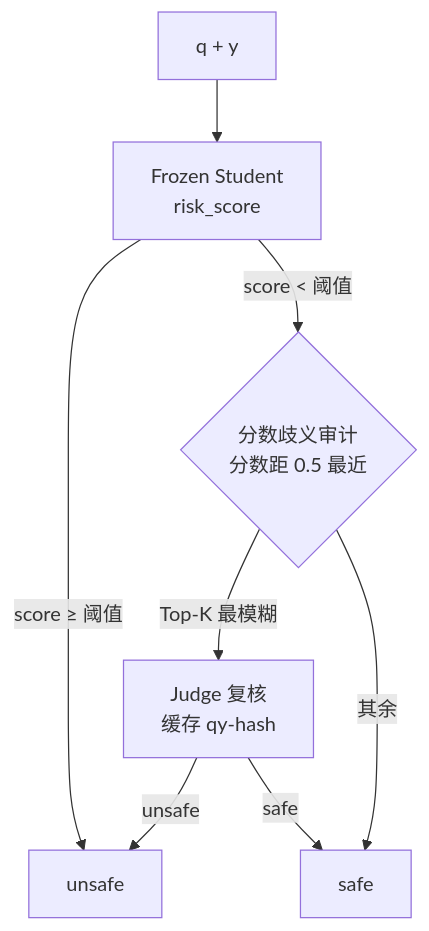
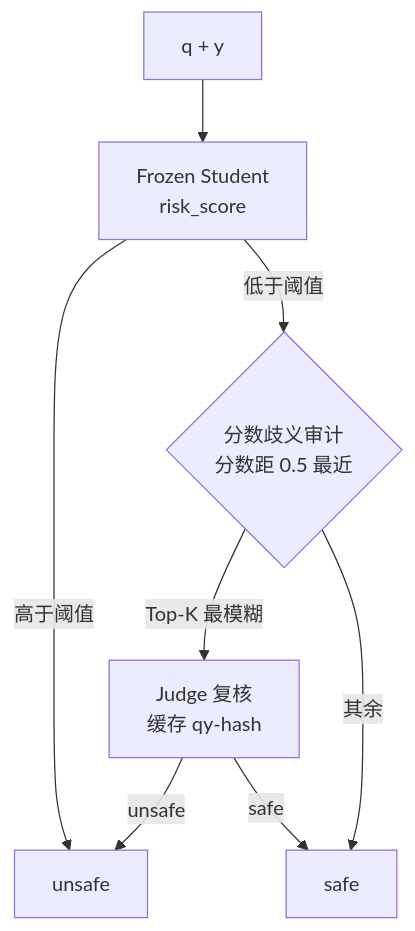
One commit to SuYK-666/FraudDistill changed the fourth of 4 diagrams in README.md. Above: the diagram before and after it, drawn with Mermaid.

Commit message:
docs: fix mermaid render error in selective-audit diagram (quote edge labels with < / ≥)

````diff
--- a/README.md
+++ b/README.md
@@ -100,10 +100,10 @@
 ```mermaid
 flowchart TD
     X[q + y] --> S[Frozen Student<br/>risk_score]
-    S -->|score ≥ 阈值| U[unsafe]
-    S -->|score < 阈值| A{分数歧义审计<br/>分数距 0.5 最近}
+    S -->|"高于阈值"| U[unsafe]
+    S -->|"低于阈值"| A{分数歧义审计<br/>分数距 0.5 最近}
     A -->|Top-K 最模糊| J[Judge 复核<br/>缓存 qy-hash]
     A -->|其余| V[safe]
     J -->|unsafe| U
     J -->|safe| V
 ```
````
